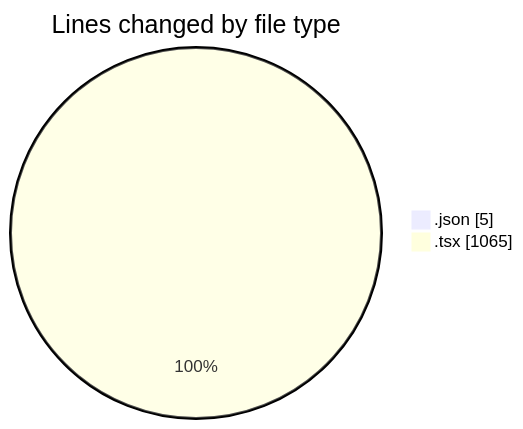
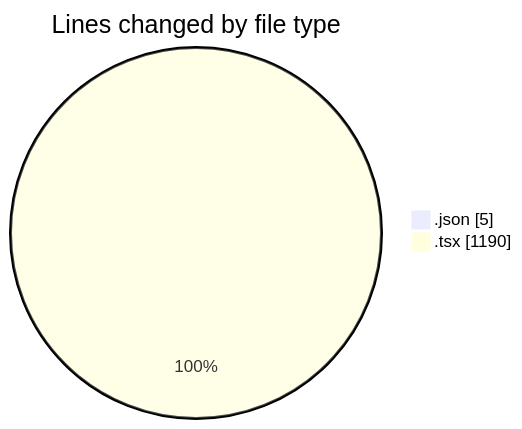
The first of 2 diagrams in 2025-04-26/product-page/README.md (Elitesun/code-tracking), drawn with Mermaid before and after one commit. The commit also changed other lines of this file and 1 other file, not shown here.

````diff
--- a/2025-04-26/product-page/README.md
+++ b/2025-04-26/product-page/README.md
@@ -32,6 +33,6 @@
 ```mermaid
 pie showData
 title Lines changed by file type
 ".json" : 5
-".tsx" : 1065
+".tsx" : 1190
 ```
````
